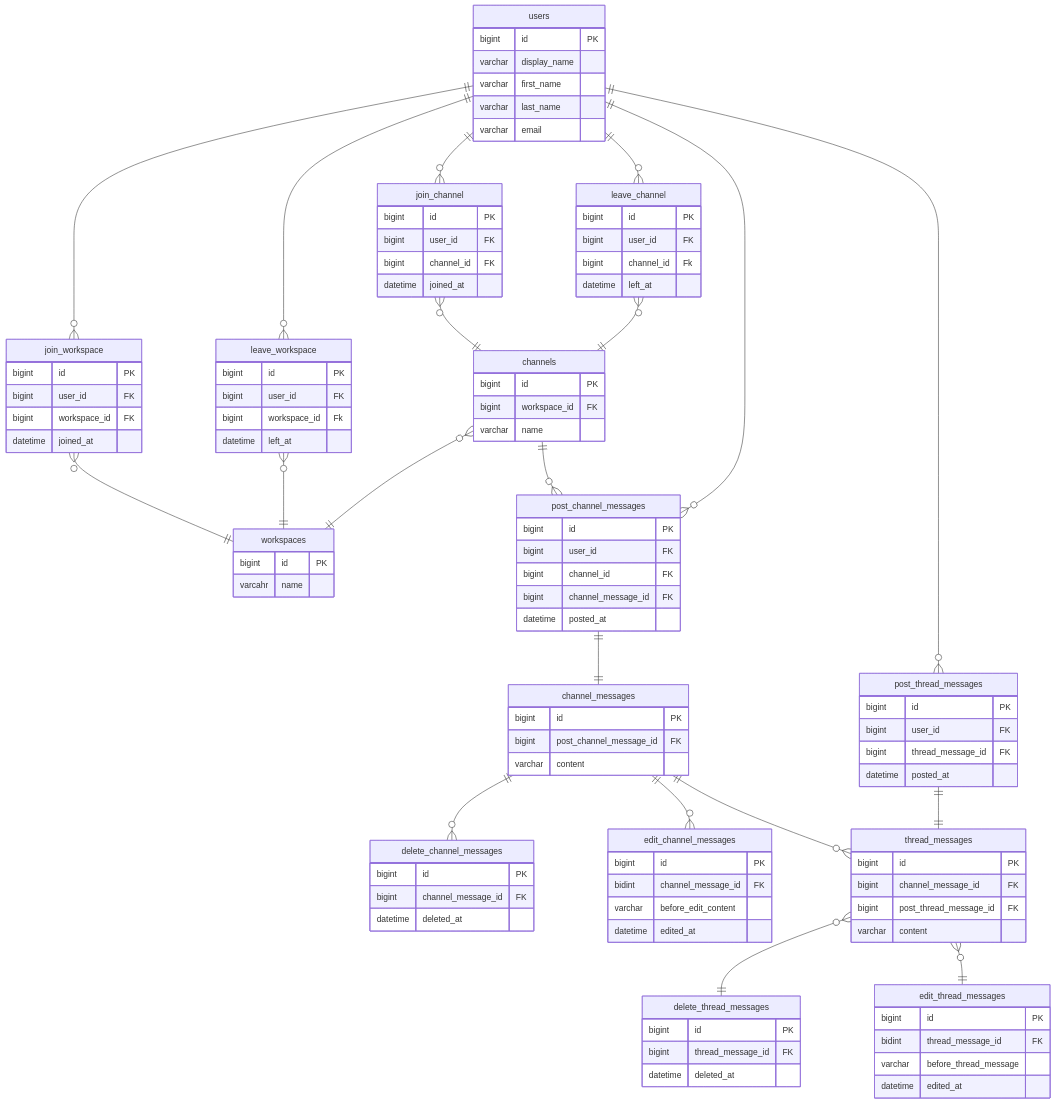
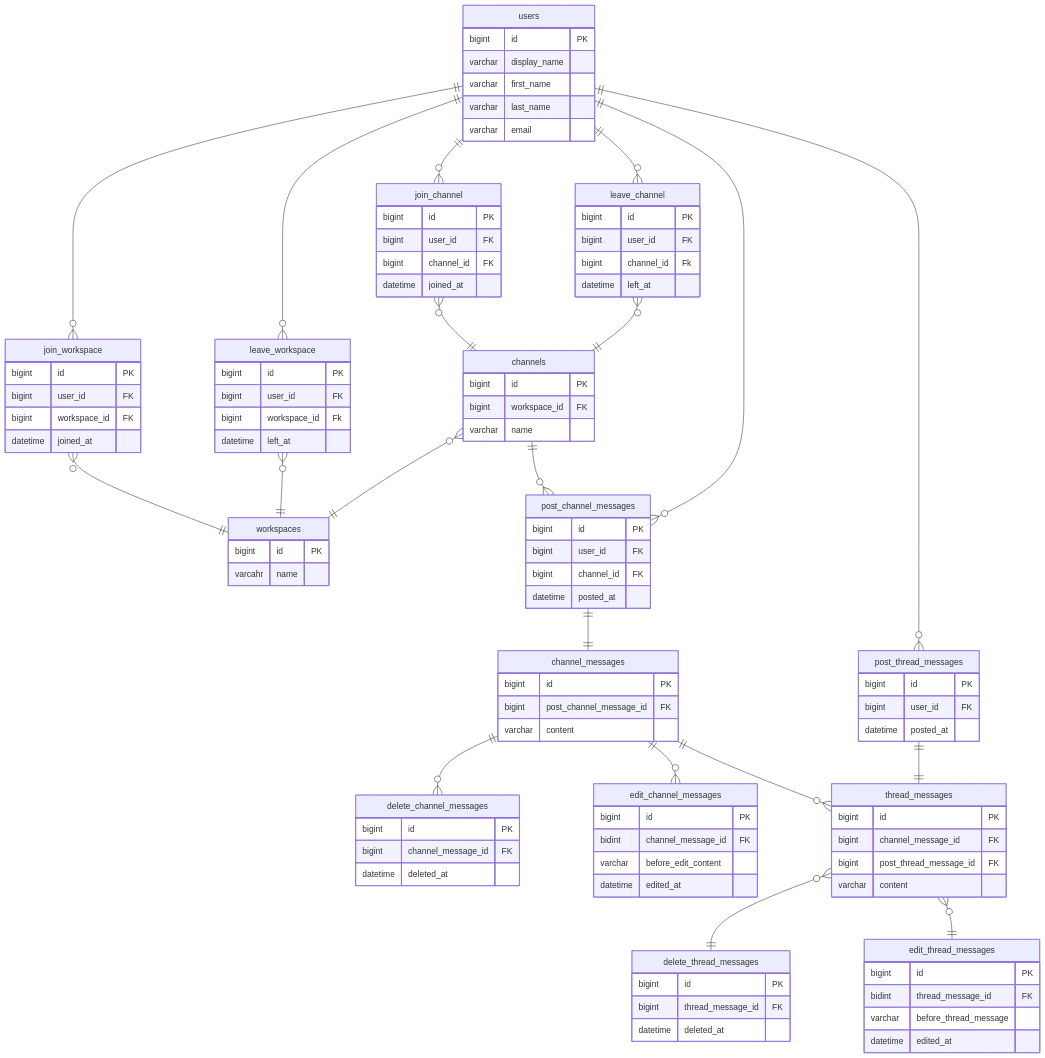
Before and after one commit to praha-inc/praha-challenge-7: the diagram in I84PdeRyF2ApGF/db_modeling02/er_diagram.md, drawn with Mermaid. The commit also changed 1 other file, not shown here.

Commit message:
[Fix] 制約の修正

```diff
--- a/I84PdeRyF2ApGF/db_modeling02/er_diagram.md
+++ b/I84PdeRyF2ApGF/db_modeling02/er_diagram.md
@@ -73,7 +73,6 @@
 	post_thread_messages{
         bigint id PK
         bigint user_id FK
-        bigint thread_message_id FK
         datetime posted_at
     }
 
@@ -103,7 +102,6 @@
         bigint id PK
         bigint user_id FK
 		bigint channel_id FK
-        bigint channel_message_id FK
         datetime posted_at
     }
 
```
